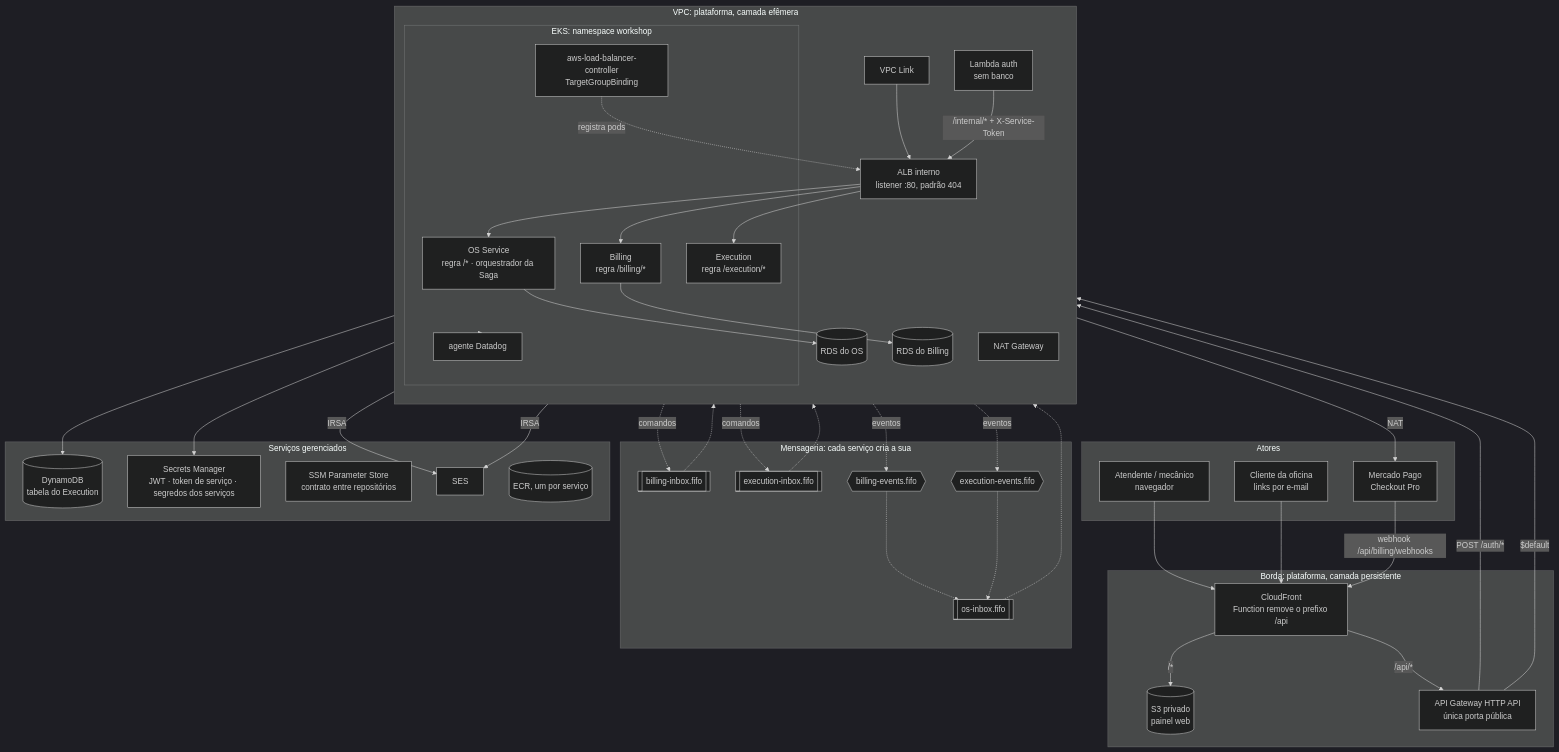
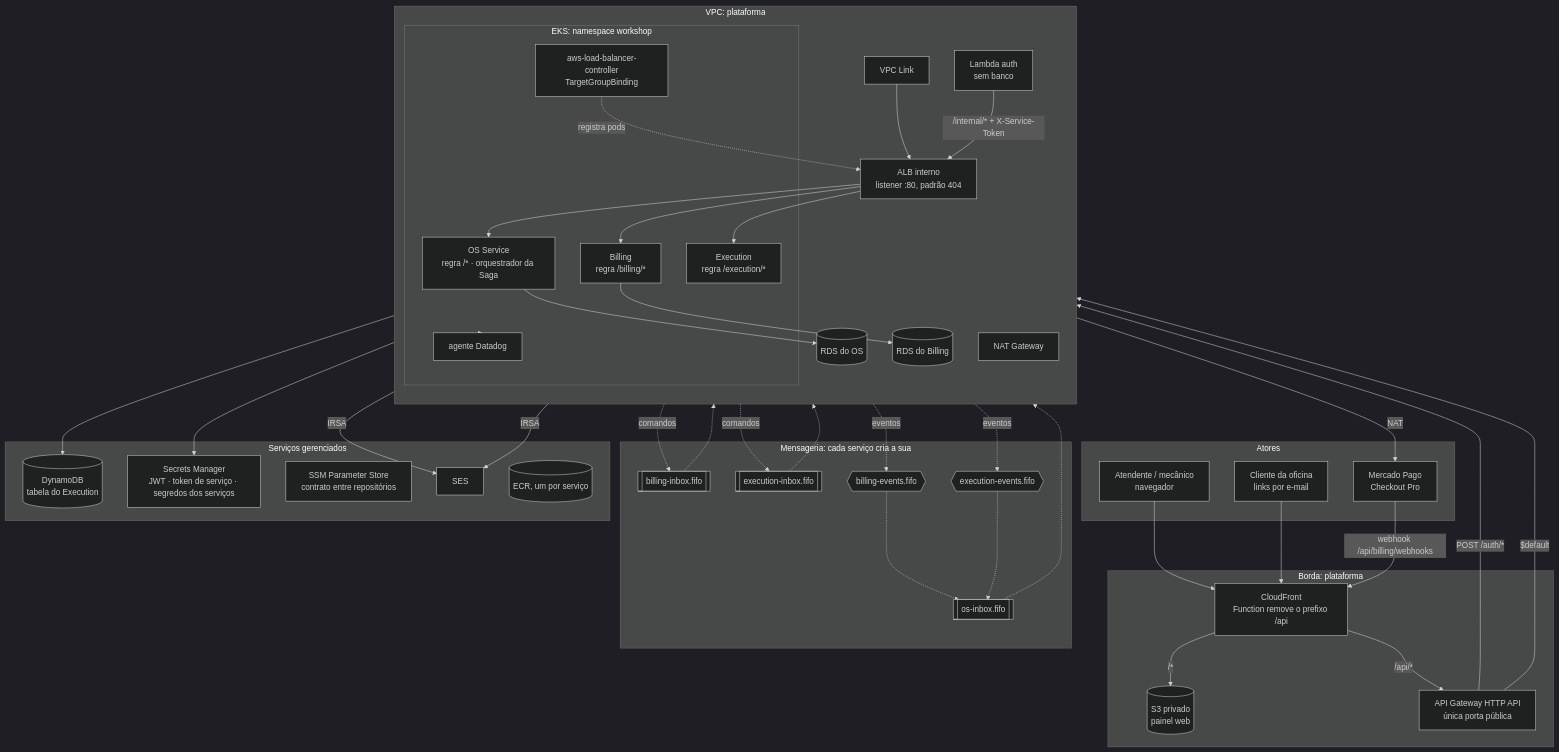
Before and after one commit to SOAT-15-Oficina/oficina-mecanica-infrastructure: the diagram in docs/diagramas/componentes.md, drawn with Mermaid (dark theme). The commit also changed other lines of this file and 4 other files, not shown here.

````diff
--- a/docs/diagramas/componentes.md
+++ b/docs/diagramas/componentes.md
@@ -13,82 +13,82 @@
 ```mermaid
 flowchart TB
     subgraph clientes [Atores]
         OP[Atendente / mecânico<br/>navegador]
         CLI[Cliente da oficina<br/>links por e-mail]
         MP[Mercado Pago<br/>Checkout Pro]
     end
 
-    subgraph edge [Borda: plataforma, camada persistente]
+    subgraph edge [Borda: plataforma]
         CF[CloudFront<br/>Function remove o prefixo /api]
         S3[(S3 privado<br/>painel web)]
         GW[API Gateway HTTP API<br/>única porta pública]
     end
 
-    subgraph vpc [VPC: plataforma, camada efêmera]
+    subgraph vpc [VPC: plataforma]
         direction TB
         LINK[VPC Link]
         ALB[ALB interno<br/>listener :80, padrão 404]
         LMB[Lambda auth<br/>sem banco]
 
         subgraph eks [EKS: namespace workshop]
             OSS[OS Service<br/>regra /* · orquestrador da Saga]
             BIL[Billing<br/>regra /billing/*]
             EXE[Execution<br/>regra /execution/*]
             LBC[aws-load-balancer-controller<br/>TargetGroupBinding]
             DDA[agente Datadog]
         end
 
         RDSO[(RDS do OS)]
         RDSB[(RDS do Billing)]
         NAT[NAT Gateway]
     end
 
     subgraph msg [Mensageria: cada serviço cria a sua]
         QO[[os-inbox.fifo]]
         QB[[billing-inbox.fifo]]
         QE[[execution-inbox.fifo]]
         TB{{billing-events.fifo}}
         TE{{execution-events.fifo}}
     end
 
     subgraph aws [Serviços gerenciados]
         DDB[(DynamoDB<br/>tabela do Execution)]
         SM[Secrets Manager<br/>JWT · token de serviço · segredos dos serviços]
         SSM[SSM Parameter Store<br/>contrato entre repositórios]
         SES[SES]
         ECR[(ECR, um por serviço)]
     end
 
     OP --> CF
     CLI --> CF
     CF -->|/*| S3
     CF -->|/api/*| GW
     GW -->|POST /auth/*| LMB
     GW -->|$default| LINK --> ALB
     MP -->|webhook /api/billing/webhooks| CF
     ALB --> OSS
     ALB --> BIL
     ALB --> EXE
     LMB -->|"/internal/* + X-Service-Token"| ALB
     LBC -.registra pods.-> ALB
 
     OSS --> RDSO
     BIL --> RDSB
     EXE --> DDB
     BIL -->|NAT| MP
     OSS -->|IRSA| SES
     BIL -->|IRSA| SES
 
     OSS -.comandos.-> QB
     OSS -.comandos.-> QE
     BIL -.eventos.-> TB
     EXE -.eventos.-> TE
     TB -.-> QO
     TE -.-> QO
     QO -.-> OSS
     QB -.-> BIL
     QE -.-> EXE
 
     LMB --> SM
     eks -.-> DDA
 ```
````
